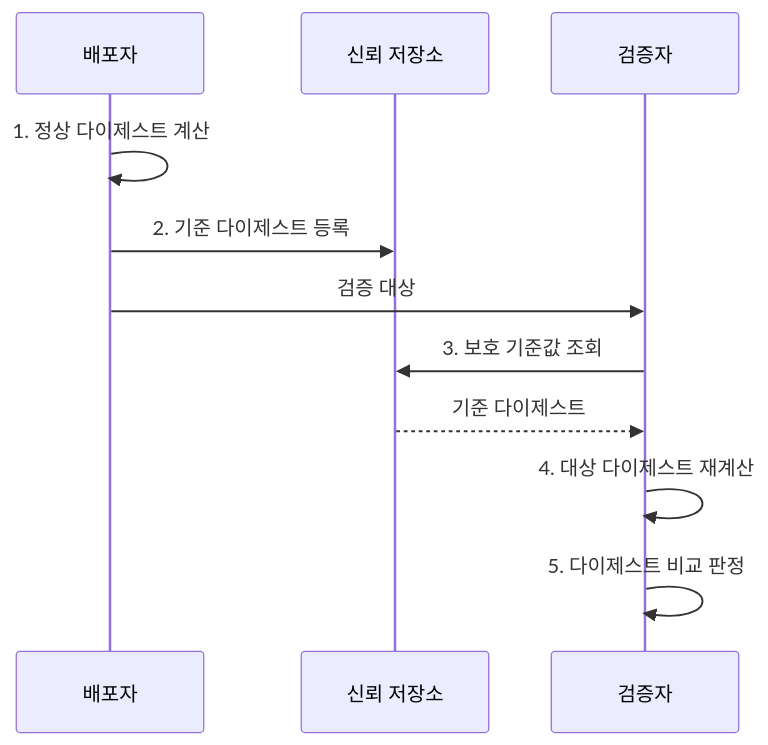
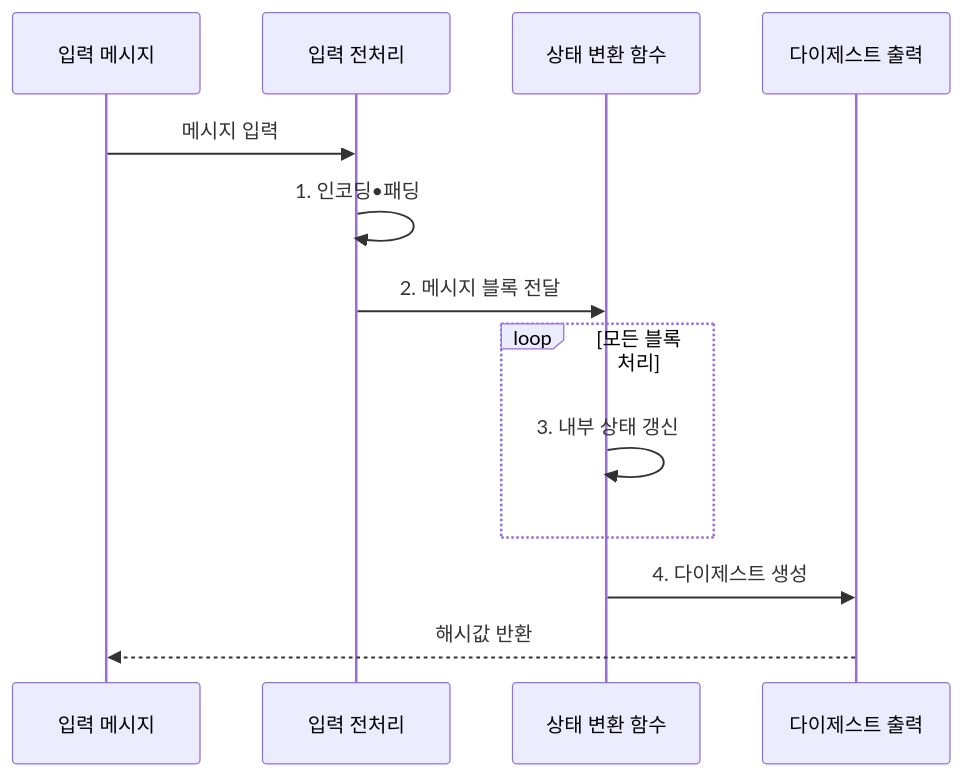
The second of 2 diagrams in src/content/docs/notes/05-security/004_hash_algorithm.md (agnusdei1207/knowledge-base), drawn with Mermaid before and after one commit. The commit also changed other lines of this file and 7 other files, not shown here.

````diff
--- a/src/content/docs/notes/05-security/004_hash_algorithm.md
+++ b/src/content/docs/notes/05-security/004_hash_algorithm.md
@@ -105,13 +105,15 @@
 ```mermaid
 sequenceDiagram
-    participant P as 배포자
-    participant R as 신뢰 저장소
-    participant V as 검증자
-    P->>P: 1. 정상 다이제스트 계산
-    P->>R: 2. 기준 다이제스트 등록
-    P->>V: 검증 대상
-    V->>R: 3. 보호 기준값 조회
-    R-->>V: 기준 다이제스트
-    V->>V: 4. 대상 다이제스트 재계산
-    V->>V: 5. 다이제스트 비교 판정
+    participant M as 입력 메시지
+    participant P as 입력 전처리
+    participant F as 상태 변환 함수
+    participant D as 다이제스트 출력
+    M->>P: 메시지 입력
+    P->>P: 1. 인코딩•패딩
+    P->>F: 2. 메시지 블록 전달
+    loop 모든 블록 처리
+      F->>F: 3. 내부 상태 갱신
+    end
+    F->>D: 4. 다이제스트 생성
+    D-->>M: 해시값 반환
 ```
````
